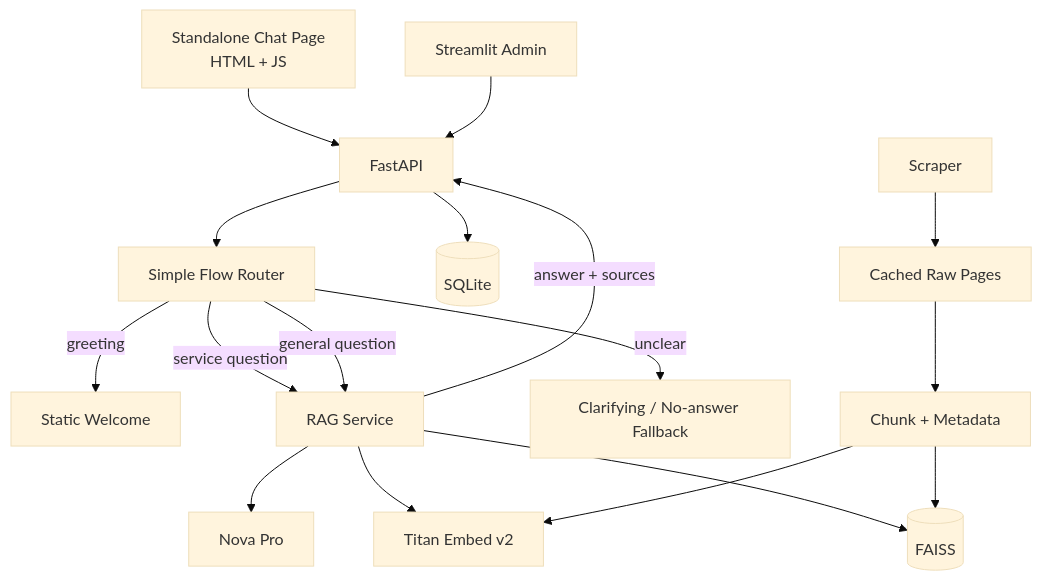
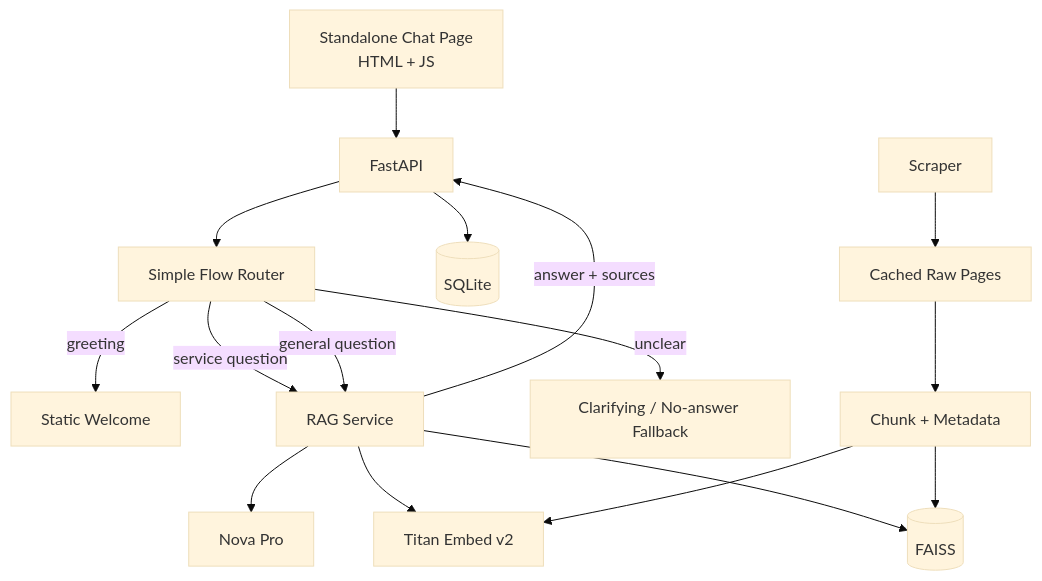
Before and after one commit to koppolu-teja-ness/hackathon: the diagram in FINAL_PLAN.md, drawn with Mermaid (base theme). The commit also changed other lines of this file, not shown here.

````diff
--- a/FINAL_PLAN.md
+++ b/FINAL_PLAN.md
@@ -55,24 +54,22 @@
 ```mermaid
 flowchart TD
     WEB[Standalone Chat Page\nHTML + JS] --> API[FastAPI]
 
     API --> ROUTER[Simple Flow Router]
     ROUTER -->|greeting| GREET[Static Welcome]
     ROUTER -->|service question| RAG[RAG Service]
     ROUTER -->|general question| RAG
     ROUTER -->|unclear| FALLBACK[Clarifying / No-answer Fallback]
 
     RAG --> VDB[(FAISS)]
     RAG --> EMB[Titan Embed v2]
     RAG --> LLM[Nova Pro]
     RAG -->|answer + sources| API
 
     API --> DB[(SQLite)]
 
-    ST[Streamlit Admin] --> API
-
     SC[Scraper] --> RAW[Cached Raw Pages]
     RAW --> CH[Chunk + Metadata]
     CH --> EMB
     CH --> VDB
 ```
````
